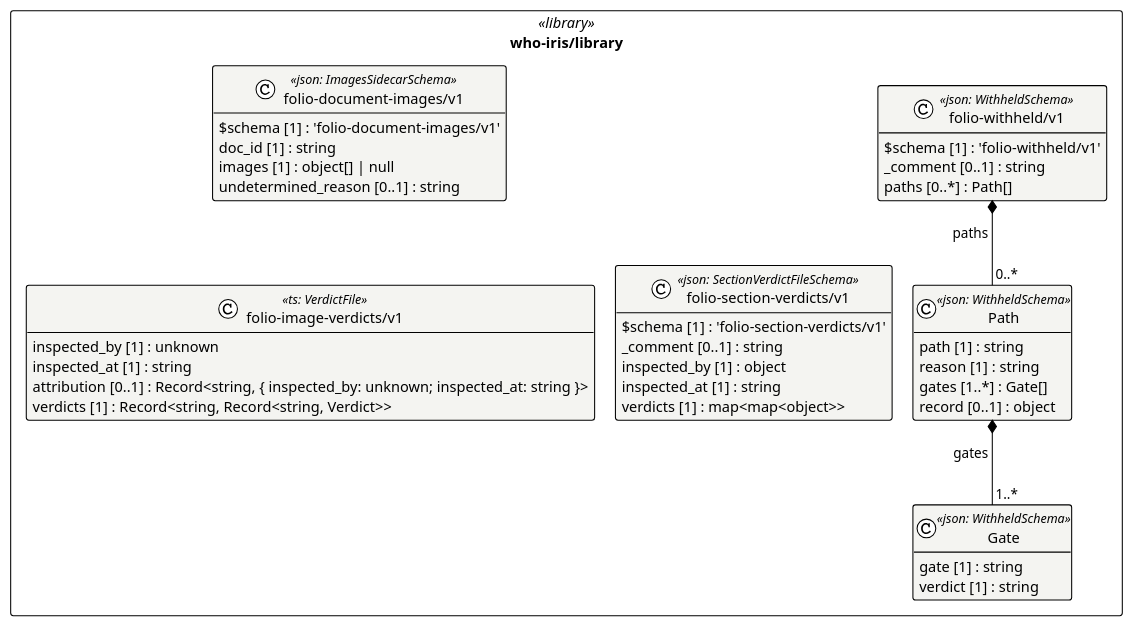
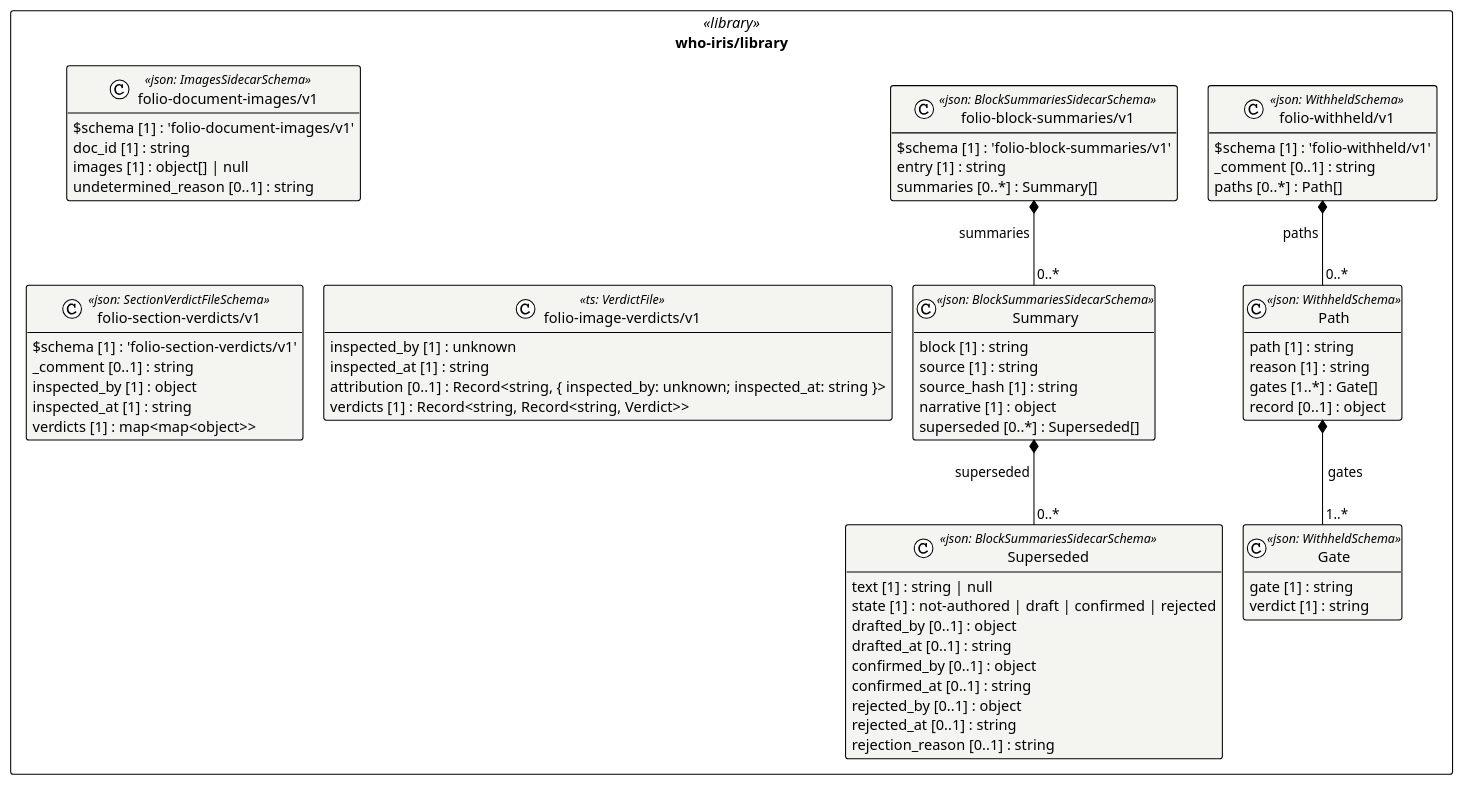
Before and after one commit to litlfred/folio-assistant: the diagram in cat-harness/uml/overview/who-iris/library.puml, drawn with PlantUML. The commit also changed 167 other files, not shown here.

First line of the commit message:
Library keywords from LSI weights + 397 who-iris section summary drafts (#2302)

```diff
--- a/cat-harness/uml/overview/who-iris/library.puml
+++ b/cat-harness/uml/overview/who-iris/library.puml
@@ -3,48 +3,73 @@
 @startuml who_iris_library
 !pragma layout elk
 !theme plain
 skinparam classAttributeIconSize 0
 skinparam shadowing false
 skinparam packageStyle rectangle
 hide empty methods
 
 package "who-iris/library" as pkg_who_iris_library <<library>> {
   class "folio-document-images/v1" as who_iris_library_folio_document_images_v1_folio_document_images_v1 <<json: ImagesSidecarSchema>> #f4f4f1 {
     $schema [1] : 'folio-document-images/v1'
     doc_id [1] : string
     images [1] : object[] | null
     undetermined_reason [0..1] : string
   }
   class "folio-image-verdicts/v1" as who_iris_library_folio_image_verdicts_v1 <<ts: VerdictFile>> #f4f4f1 {
     inspected_by [1] : unknown
     inspected_at [1] : string
     attribution [0..1] : Record<string, { inspected_by: unknown; inspected_at: string }>
     verdicts [1] : Record<string, Record<string, Verdict>>
   }
   class "folio-section-verdicts/v1" as who_iris_library_folio_section_verdicts_v1_folio_section_verdicts_v1 <<json: SectionVerdictFileSchema>> #f4f4f1 {
     $schema [1] : 'folio-section-verdicts/v1'
     _comment [0..1] : string
     inspected_by [1] : object
     inspected_at [1] : string
     verdicts [1] : map<map<object>>
   }
+  class "Superseded" as who_iris_library_folio_block_summaries_v1_Superseded <<json: BlockSummariesSidecarSchema>> #f4f4f1 {
+    text [1] : string | null
+    state [1] : not-authored | draft | confirmed | rejected
+    drafted_by [0..1] : object
+    drafted_at [0..1] : string
+    confirmed_by [0..1] : object
+    confirmed_at [0..1] : string
+    rejected_by [0..1] : object
+    rejected_at [0..1] : string
+    rejection_reason [0..1] : string
+  }
+  class "Summary" as who_iris_library_folio_block_summaries_v1_Summary <<json: BlockSummariesSidecarSchema>> #f4f4f1 {
+    block [1] : string
+    source [1] : string
+    source_hash [1] : string
+    narrative [1] : object
+    superseded [0..*] : Superseded[]
+  }
+  class "folio-block-summaries/v1" as who_iris_library_folio_block_summaries_v1_folio_block_summaries_v1 <<json: BlockSummariesSidecarSchema>> #f4f4f1 {
+    $schema [1] : 'folio-block-summaries/v1'
+    entry [1] : string
+    summaries [0..*] : Summary[]
+  }
   class "Gate" as who_iris_library_folio_withheld_v1_Gate <<json: WithheldSchema>> #f4f4f1 {
     gate [1] : string
     verdict [1] : string
   }
   class "Path" as who_iris_library_folio_withheld_v1_Path <<json: WithheldSchema>> #f4f4f1 {
     path [1] : string
     reason [1] : string
     gates [1..*] : Gate[]
     record [0..1] : object
   }
   class "folio-withheld/v1" as who_iris_library_folio_withheld_v1_folio_withheld_v1 <<json: WithheldSchema>> #f4f4f1 {
     $schema [1] : 'folio-withheld/v1'
     _comment [0..1] : string
     paths [0..*] : Path[]
   }
 }
 
+who_iris_library_folio_block_summaries_v1_Summary *-- "0..*" who_iris_library_folio_block_summaries_v1_Superseded : superseded
+who_iris_library_folio_block_summaries_v1_folio_block_summaries_v1 *-- "0..*" who_iris_library_folio_block_summaries_v1_Summary : summaries
 who_iris_library_folio_withheld_v1_Path *-- "1..*" who_iris_library_folio_withheld_v1_Gate : gates
 who_iris_library_folio_withheld_v1_folio_withheld_v1 *-- "0..*" who_iris_library_folio_withheld_v1_Path : paths
 @enduml
```
